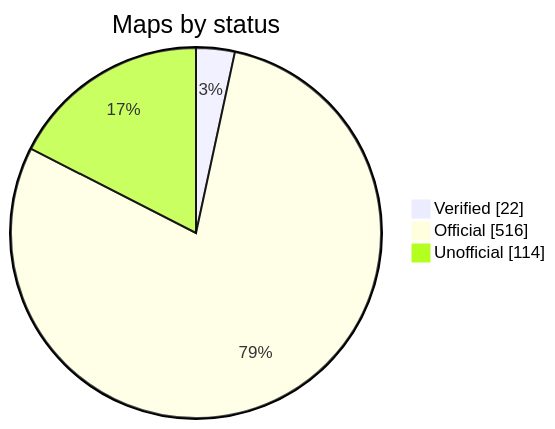
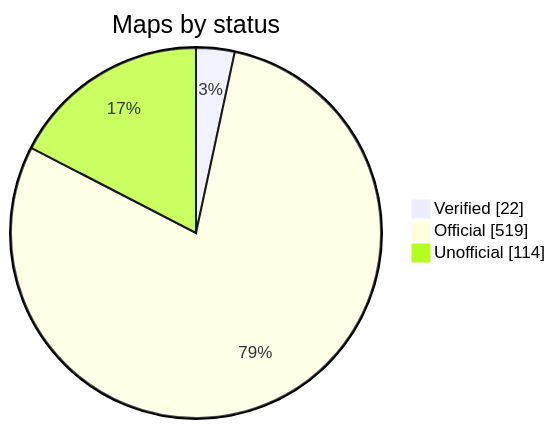
Before and after one commit to nobrega8/mbmap-library: the diagram in README.md, drawn with Mermaid. The commit also changed 8 other files, not shown here.

````diff
--- a/README.md
+++ b/README.md
@@ -52,7 +52,7 @@
 ```mermaid
 pie showData
     title Maps by status
     "Verified" : 22
-    "Official" : 516
+    "Official" : 519
     "Unofficial" : 114
 ```
````
